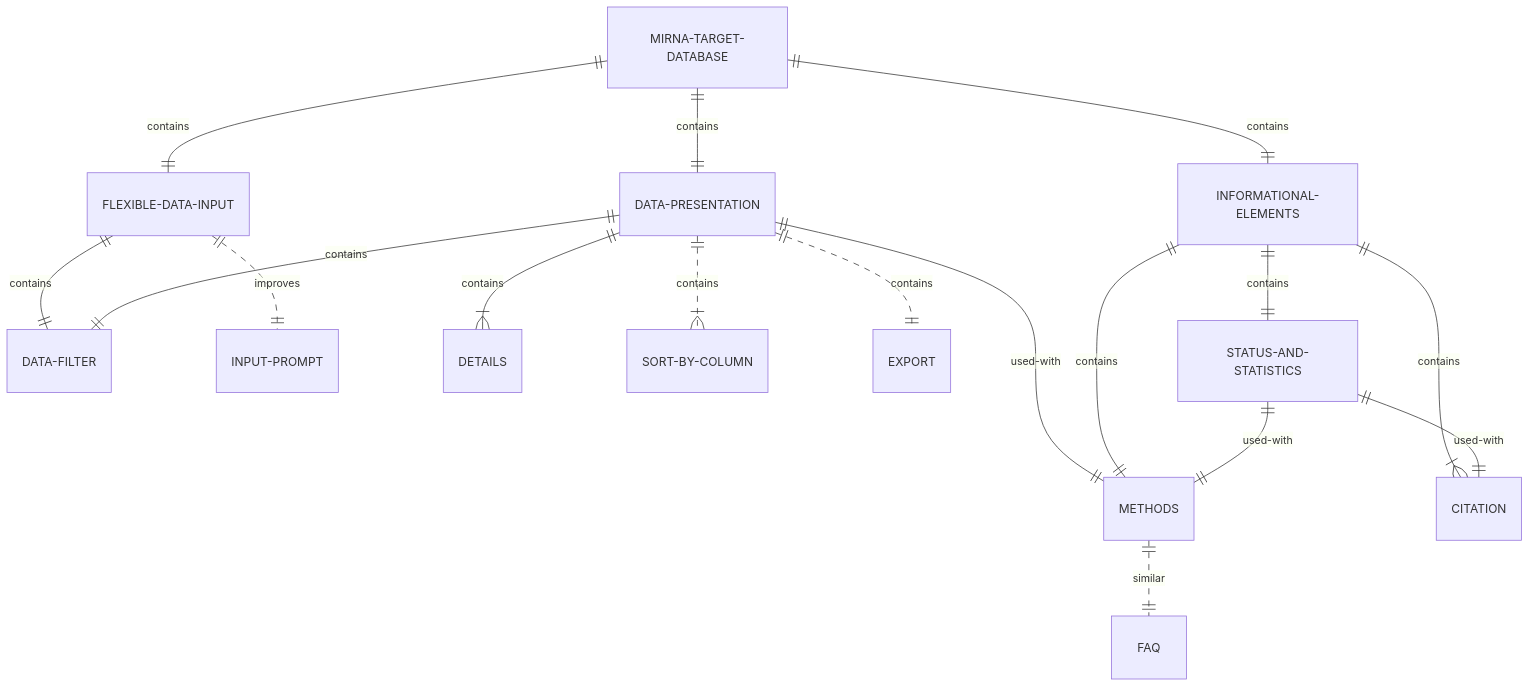
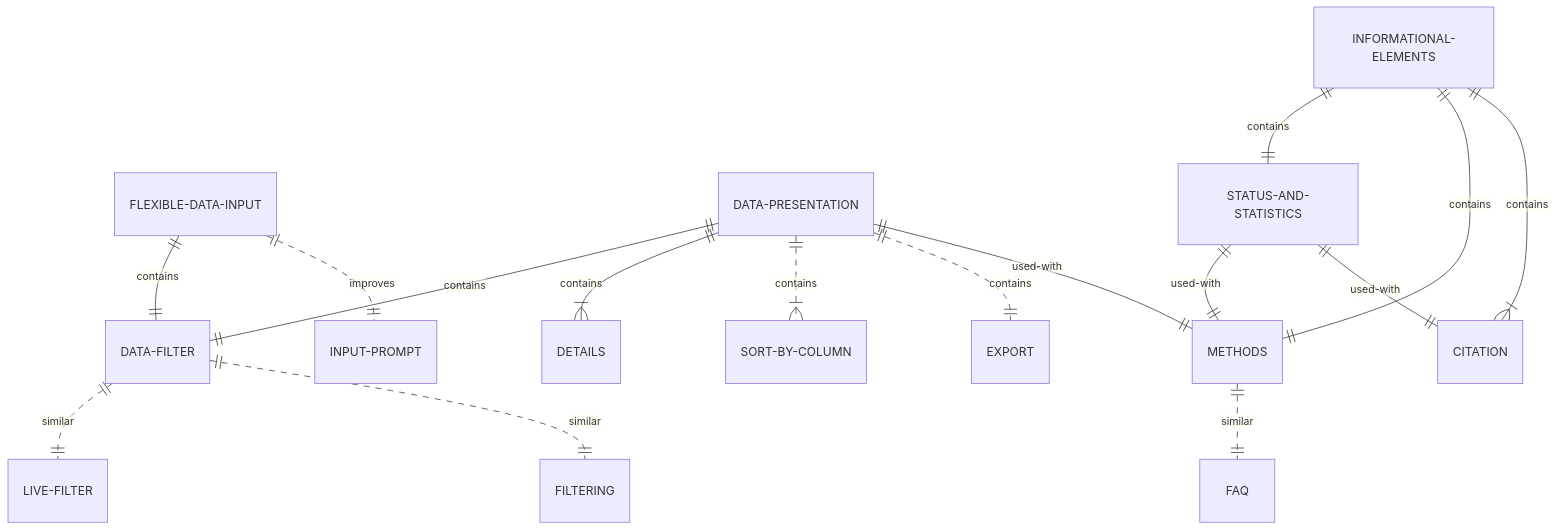
Before and after one commit to gbnegrini/bioinformatics-design-patterns: the diagram in content/patterns/mirna-target-database/_index.md, drawn with Mermaid. The commit also changed 12 other files, not shown here.

Commit message:
add pattern: methods, status and statistics, data filter

````diff
--- a/content/patterns/mirna-target-database/_index.md
+++ b/content/patterns/mirna-target-database/_index.md
@@ -20,19 +20,18 @@
 ```mermaid
 erDiagram
-    MIRNA-TARGET-DATABASE ||--|| FLEXIBLE-DATA-INPUT : contains
-    MIRNA-TARGET-DATABASE ||--|| DATA-PRESENTATION : contains
-    MIRNA-TARGET-DATABASE ||--|| INFORMATIONAL-ELEMENTS : contains
     FLEXIBLE-DATA-INPUT ||--|| DATA-FILTER : contains
     FLEXIBLE-DATA-INPUT ||..|| INPUT-PROMPT : improves
     DATA-PRESENTATION ||--|| DATA-FILTER : contains
     DATA-PRESENTATION ||--|{ DETAILS : contains
     DATA-PRESENTATION ||..|{ SORT-BY-COLUMN : contains
     DATA-PRESENTATION ||..|| EXPORT : contains
     DATA-PRESENTATION ||--|| METHODS : used-with
     INFORMATIONAL-ELEMENTS ||--|| STATUS-AND-STATISTICS : contains
     INFORMATIONAL-ELEMENTS ||--|| METHODS : contains
     INFORMATIONAL-ELEMENTS ||--|{ CITATION : contains
     STATUS-AND-STATISTICS ||--|| METHODS : used-with
     STATUS-AND-STATISTICS ||--|| CITATION : used-with
     METHODS ||..|| FAQ : similar
+    DATA-FILTER ||..|| LIVE-FILTER : similar
+    DATA-FILTER ||..|| FILTERING : similar
 ```
````
